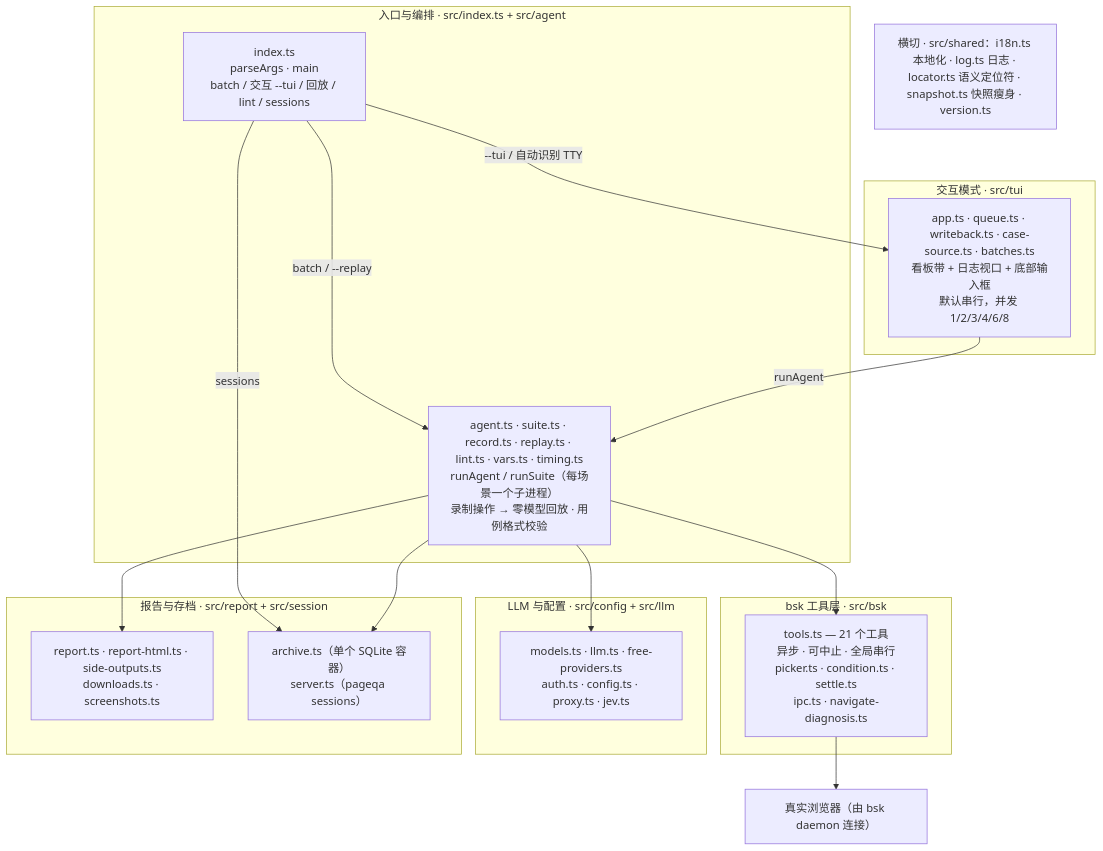
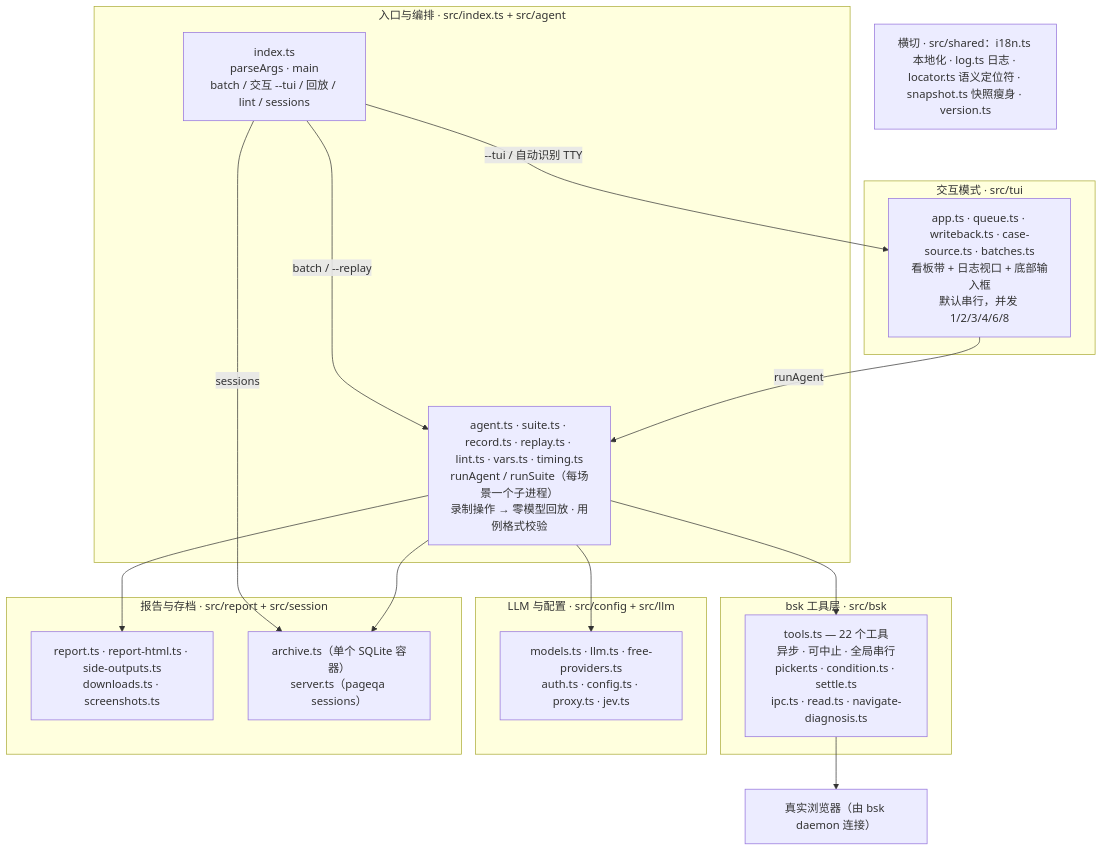
One commit to klren0312/pageqa changed the diagram in README.zh-CN.md. Above: the diagram before and after it, drawn with Mermaid. The commit also changed other lines of this file and 6 other files, not shown here.

````diff
--- a/README.zh-CN.md
+++ b/README.zh-CN.md
@@ -397,37 +397,37 @@
 ```mermaid
 flowchart TD
   subgraph ENTRY["入口与编排 · src/index.ts + src/agent"]
     CLI["index.ts<br/>parseArgs · main<br/>batch / 交互 --tui / 回放 / lint / sessions"]
     RUN["agent.ts · suite.ts · record.ts · replay.ts · lint.ts · vars.ts · timing.ts<br/>runAgent / runSuite（每场景一个子进程）<br/>录制操作 → 零模型回放 · 用例格式校验"]
   end
 
   subgraph TUI["交互模式 · src/tui"]
     APP["app.ts · queue.ts · writeback.ts · case-source.ts · batches.ts<br/>看板带 + 日志视口 + 底部输入框<br/>默认串行，并发 1/2/3/4/6/8"]
   end
 
   subgraph BSK["bsk 工具层 · src/bsk"]
-    TOOLS["tools.ts — 21 个工具<br/>异步 · 可中止 · 全局串行<br/>picker.ts · condition.ts · settle.ts<br/>ipc.ts · navigate-diagnosis.ts"]
+    TOOLS["tools.ts — 22 个工具<br/>异步 · 可中止 · 全局串行<br/>picker.ts · condition.ts · settle.ts<br/>ipc.ts · read.ts · navigate-diagnosis.ts"]
   end
 
   subgraph LLMC["LLM 与配置 · src/config + src/llm"]
     MODELS["models.ts · llm.ts · free-providers.ts<br/>auth.ts · config.ts · proxy.ts · jev.ts"]
   end
 
   subgraph SIDE["报告与存档 · src/report + src/session"]
     REPORT["report.ts · report-html.ts · side-outputs.ts<br/>downloads.ts · screenshots.ts"]
     ARCHIVE["archive.ts（单个 SQLite 容器）<br/>server.ts（pageqa sessions）"]
   end
 
   XCUT["横切 · src/shared：i18n.ts 本地化 · log.ts 日志 · locator.ts 语义定位符 · snapshot.ts 快照瘦身 · version.ts"]
   BROWSER["真实浏览器（由 bsk daemon 连接）"]
 
   CLI -->|"batch / --replay"| RUN
   CLI -->|"--tui / 自动识别 TTY"| APP
   CLI -->|"sessions"| ARCHIVE
   APP -->|"runAgent"| RUN
   RUN --> MODELS
   RUN --> TOOLS
   RUN --> REPORT
   RUN --> ARCHIVE
   TOOLS --> BROWSER
 ```
````
